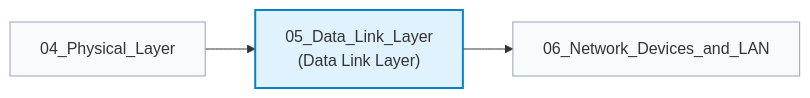
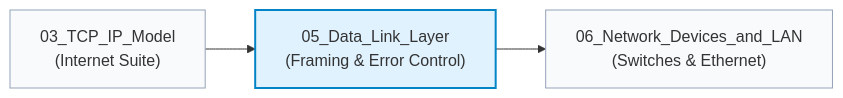
Before and after one commit to Raviranjan010/Neteworking_notes: the diagram in 05_Data_Link_Layer/README.md, drawn with Mermaid. The commit also changed other lines of this file and 7 other files, not shown here.

Commit message:
add comprehensive data link layer notes, numericals, diagrams, MCQs, and cheat sheets

````diff
--- a/05_Data_Link_Layer/README.md
+++ b/05_Data_Link_Layer/README.md
@@ -13,10 +13,10 @@
 ```mermaid
 flowchart LR
-    Prev["04_Physical_Layer"] --> Curr["05_Data_Link_Layer<br/>(Data Link Layer)"]
-    Curr --> Next["06_Network_Devices_and_LAN"]
+    Prev["03_TCP_IP_Model<br/>(Internet Suite)"] --> Curr["05_Data_Link_Layer<br/>(Framing & Error Control)"]
+    Curr --> Next["06_Network_Devices_and_LAN<br/>(Switches & Ethernet)"]
 
     classDef active fill:#e0f2fe,stroke:#0284c7,stroke-width:2px;
     classDef other fill:#f8fafc,stroke:#94a3b8,stroke-width:1px;
     class Curr active;
     class Prev,Next other;
 ```
````
